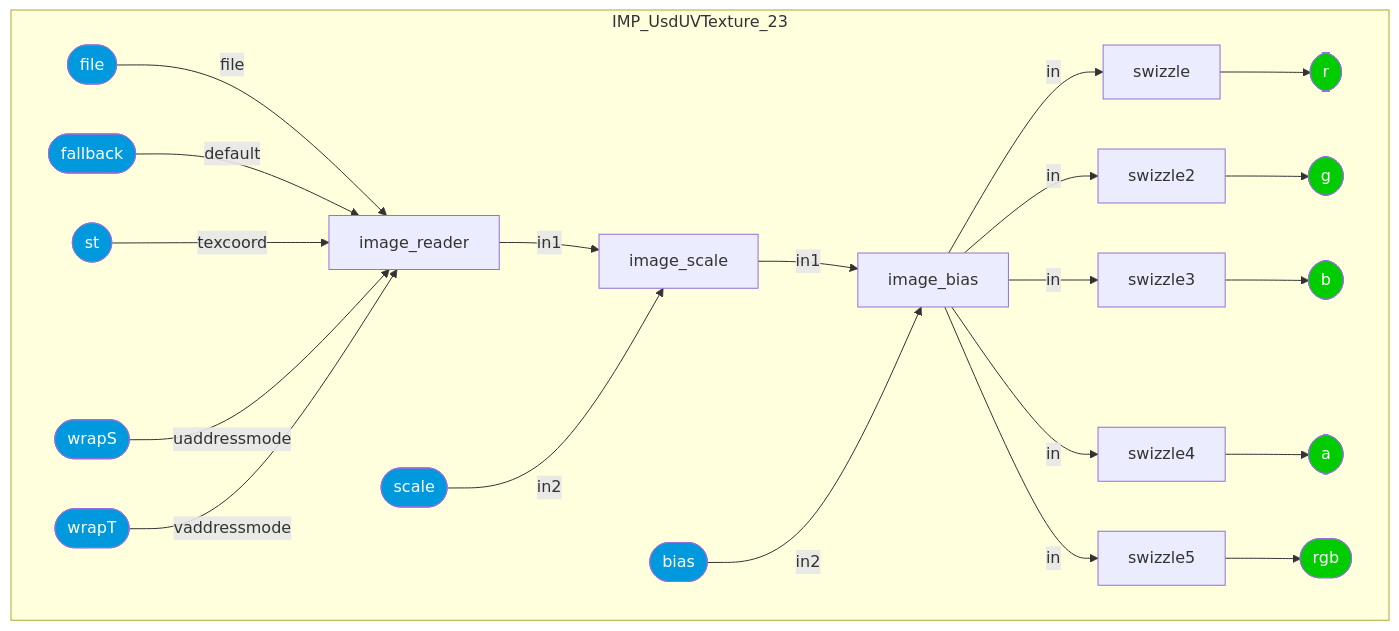
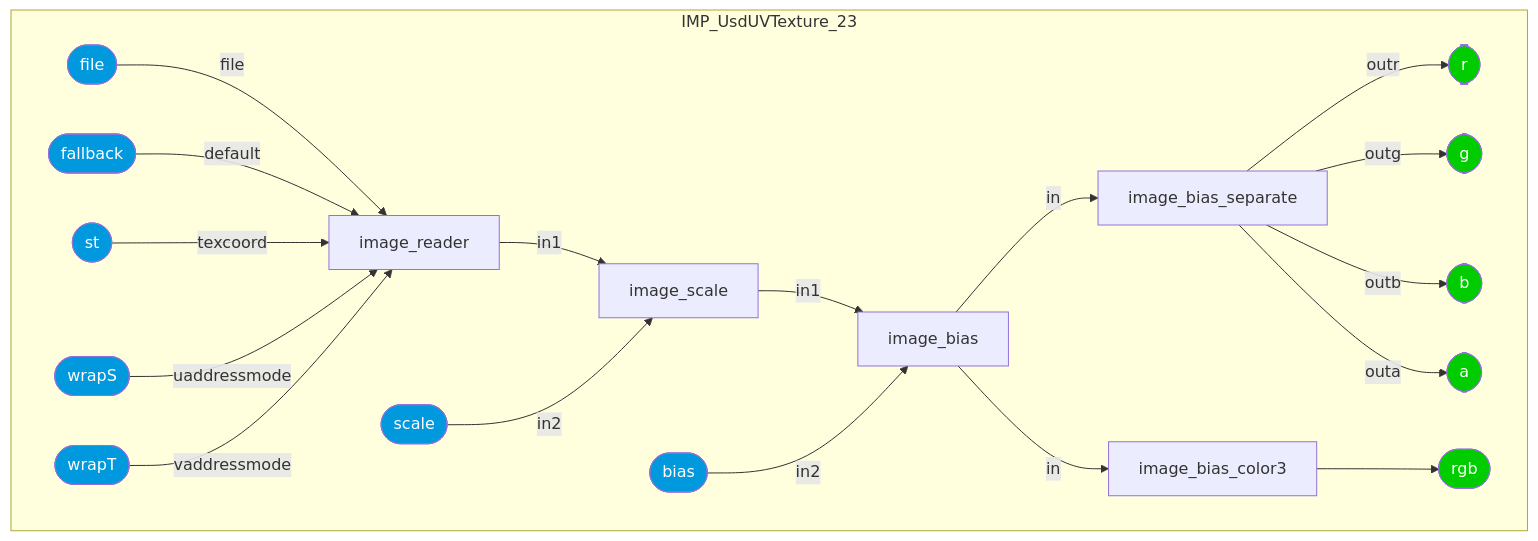
One commit to kwokcb/MaterialX_Learn changed diagram 16 of 43 in documents/definitions/bxdf_doc.md. Above: the diagram before and after it, drawn with Mermaid. The commit also changed other lines of this file and 553 other files, not shown here.

````diff
--- a/documents/definitions/bxdf_doc.md
+++ b/documents/definitions/bxdf_doc.md
@@ -2218,56 +2442,50 @@
 ```mermaid
 graph TB
     subgraph IMP_UsdUVTexture_23
     IMP_UsdUVTexture_23_image_reader[image_reader]
     IMP_UsdUVTexture_23_image_scale[image_scale]
     IMP_UsdUVTexture_23_image_bias[image_bias]
-    IMP_UsdUVTexture_23_swizzle[swizzle]
+    IMP_UsdUVTexture_23_image_bias_separate[image_bias_separate]
+    IMP_UsdUVTexture_23_image_bias_color3[image_bias_color3]
     style IMP_UsdUVTexture_23_r  fill:#0C0, color:#FFF
     IMP_UsdUVTexture_23_r([r])
-    IMP_UsdUVTexture_23_swizzle2[swizzle2]
     style IMP_UsdUVTexture_23_g  fill:#0C0, color:#FFF
     IMP_UsdUVTexture_23_g([g])
-    IMP_UsdUVTexture_23_swizzle3[swizzle3]
     style IMP_UsdUVTexture_23_b  fill:#0C0, color:#FFF
     IMP_UsdUVTexture_23_b([b])
-    IMP_UsdUVTexture_23_swizzle4[swizzle4]
     style IMP_UsdUVTexture_23_a  fill:#0C0, color:#FFF
     IMP_UsdUVTexture_23_a([a])
-    IMP_UsdUVTexture_23_swizzle5[swizzle5]
     style IMP_UsdUVTexture_23_rgb  fill:#0C0, color:#FFF
     IMP_UsdUVTexture_23_rgb([rgb])
     style IMP_UsdUVTexture_23_file  fill:#09D, color:#FFF
     IMP_UsdUVTexture_23_file([file])
     style IMP_UsdUVTexture_23_fallback  fill:#09D, color:#FFF
     IMP_UsdUVTexture_23_fallback([fallback])
     style IMP_UsdUVTexture_23_st  fill:#09D, color:#FFF
     IMP_UsdUVTexture_23_st([st])
     style IMP_UsdUVTexture_23_wrapS  fill:#09D, color:#FFF
     IMP_UsdUVTexture_23_wrapS([wrapS])
     style IMP_UsdUVTexture_23_wrapT  fill:#09D, color:#FFF
     IMP_UsdUVTexture_23_wrapT([wrapT])
     style IMP_UsdUVTexture_23_scale  fill:#09D, color:#FFF
     IMP_UsdUVTexture_23_scale([scale])
     style IMP_UsdUVTexture_23_bias  fill:#09D, color:#FFF
     IMP_UsdUVTexture_23_bias([bias])
     end
     IMP_UsdUVTexture_23_file --"file"--> IMP_UsdUVTexture_23_image_reader
     IMP_UsdUVTexture_23_fallback --"default"--> IMP_UsdUVTexture_23_image_reader
     IMP_UsdUVTexture_23_st --"texcoord"--> IMP_UsdUVTexture_23_image_reader
     IMP_UsdUVTexture_23_wrapS --"uaddressmode"--> IMP_UsdUVTexture_23_image_reader
     IMP_UsdUVTexture_23_wrapT --"vaddressmode"--> IMP_UsdUVTexture_23_image_reader
     IMP_UsdUVTexture_23_image_reader --"in1"--> IMP_UsdUVTexture_23_image_scale
     IMP_UsdUVTexture_23_scale --"in2"--> IMP_UsdUVTexture_23_image_scale
     IMP_UsdUVTexture_23_image_scale --"in1"--> IMP_UsdUVTexture_23_image_bias
     IMP_UsdUVTexture_23_bias --"in2"--> IMP_UsdUVTexture_23_image_bias
-    IMP_UsdUVTexture_23_image_bias --"in"--> IMP_UsdUVTexture_23_swizzle
-    IMP_UsdUVTexture_23_swizzle --> IMP_UsdUVTexture_23_r
-    IMP_UsdUVTexture_23_image_bias --"in"--> IMP_UsdUVTexture_23_swizzle2
-    IMP_UsdUVTexture_23_swizzle2 --> IMP_UsdUVTexture_23_g
-    IMP_UsdUVTexture_23_image_bias --"in"--> IMP_UsdUVTexture_23_swizzle3
-    IMP_UsdUVTexture_23_swizzle3 --> IMP_UsdUVTexture_23_b
-    IMP_UsdUVTexture_23_image_bias --"in"--> IMP_UsdUVTexture_23_swizzle4
-    IMP_UsdUVTexture_23_swizzle4 --> IMP_UsdUVTexture_23_a
-    IMP_UsdUVTexture_23_image_bias --"in"--> IMP_UsdUVTexture_23_swizzle5
-    IMP_UsdUVTexture_23_swizzle5 --> IMP_UsdUVTexture_23_rgb
+    IMP_UsdUVTexture_23_image_bias --"in"--> IMP_UsdUVTexture_23_image_bias_separate
+    IMP_UsdUVTexture_23_image_bias --"in"--> IMP_UsdUVTexture_23_image_bias_color3
+    IMP_UsdUVTexture_23_image_bias_separate --"outr"--> IMP_UsdUVTexture_23_r
+    IMP_UsdUVTexture_23_image_bias_separate --"outg"--> IMP_UsdUVTexture_23_g
+    IMP_UsdUVTexture_23_image_bias_separate --"outb"--> IMP_UsdUVTexture_23_b
+    IMP_UsdUVTexture_23_image_bias_separate --"outa"--> IMP_UsdUVTexture_23_a
+    IMP_UsdUVTexture_23_image_bias_color3 --> IMP_UsdUVTexture_23_rgb
 ```
````
